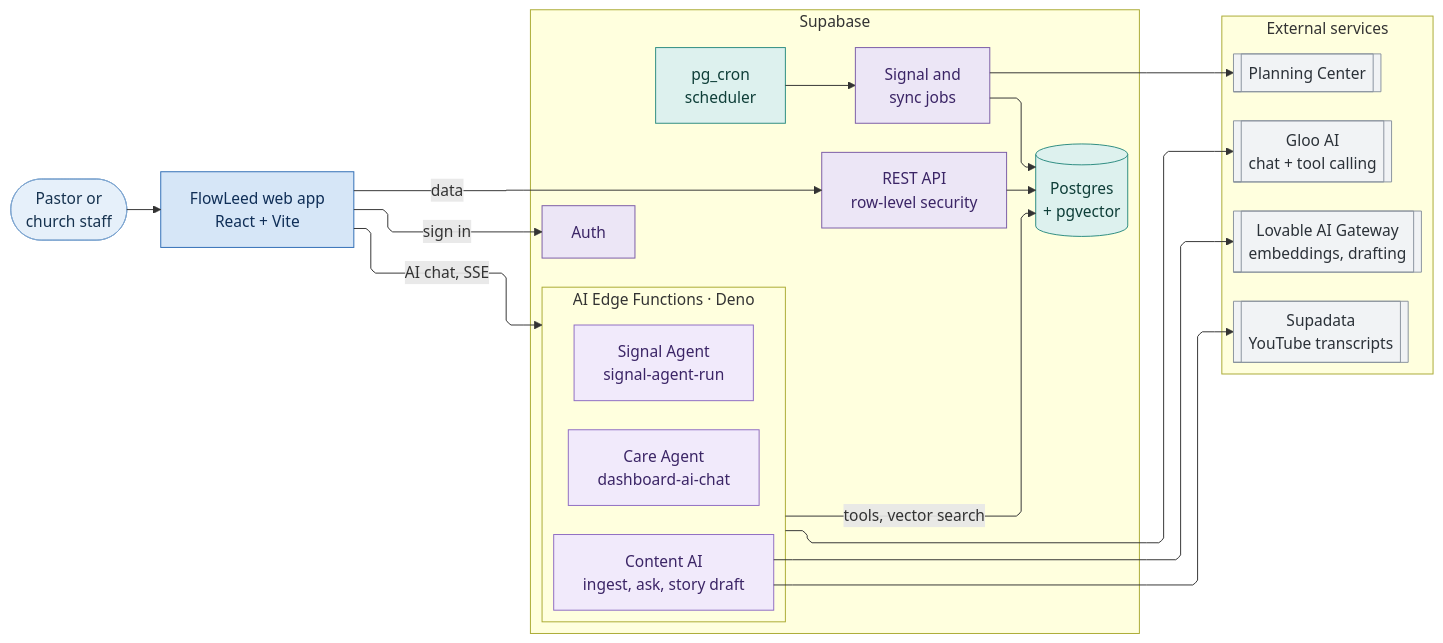
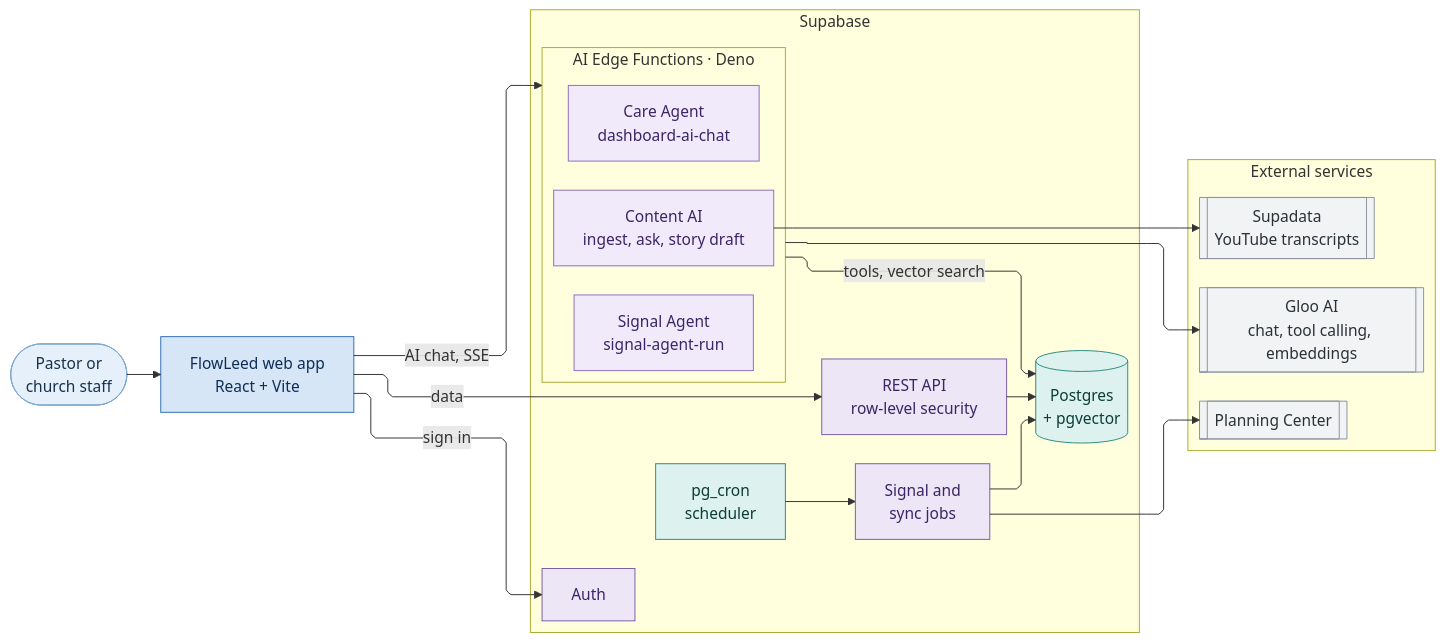
One commit to FlowLeed/FlowLeed changed the diagram in README.md. Above: the diagram before and after it, drawn with Mermaid. The commit also changed other lines of this file and 6 other files, not shown here.

First line of the commit message:
Drop LOVABLE_API_KEY: Gloo AI is now the only AI provider

````diff
--- a/README.md
+++ b/README.md
@@ -37,53 +37,51 @@
 ```mermaid
 %%{init: {"layout": "elk", "flowchart": {"curve": "linear"}}}%%
 flowchart LR
     Staff([Pastor or<br/>church staff])
     App[FlowLeed web app<br/>React + Vite]
 
     subgraph Supa["Supabase"]
         Auth[Auth]
         Api[REST API<br/>row-level security]
         subgraph Fn["AI Edge Functions · Deno"]
             Agent[Care Agent<br/>dashboard-ai-chat]
             SigAgent[Signal Agent<br/>signal-agent-run]
             ContentFn[Content AI<br/>ingest, ask, story draft]
         end
         Cron[pg_cron<br/>scheduler]
         Jobs[Signal and<br/>sync jobs]
         DB[("Postgres<br/>+ pgvector")]
     end
 
     subgraph Ext["External services"]
-        Gloo[[Gloo AI<br/>chat + tool calling]]
+        Gloo[[Gloo AI<br/>chat, tool calling, embeddings]]
         Supadata[[Supadata<br/>YouTube transcripts]]
-        Lovable[[Lovable AI Gateway<br/>embeddings, drafting]]
         PCO[[Planning Center]]
     end
 
     Staff --> App
     App -->|sign in| Auth
     App -->|data| Api
     App -->|AI chat, SSE| Fn
     Api --> DB
     Fn -->|tools, vector search| DB
     Fn --> Gloo
     ContentFn --> Supadata
-    ContentFn --> Lovable
     Cron --> Jobs
     Jobs --> DB
     Jobs --> PCO
 
     classDef user fill:#E6F0FA,stroke:#7FA7D1,color:#16324F
     classDef app fill:#D6E6F7,stroke:#2F6DB5,color:#0F2E57
     classDef api fill:#ECE6F6,stroke:#7A5BA6,color:#3B2566
     classDef ai fill:#F1EAFB,stroke:#8E6CC2,color:#3B2566
     classDef data fill:#DDF1EE,stroke:#2C8C80,color:#0E3E38
     classDef ext fill:#F1F3F5,stroke:#8A939E,color:#2B3138
 
     class Staff user
     class App app
     class Auth,Api,Jobs api
     class Agent,SigAgent,ContentFn ai
     class DB,Cron data
-    class Gloo,Lovable,Supadata,PCO ext
+    class Gloo,Supadata,PCO ext
 ```
````
